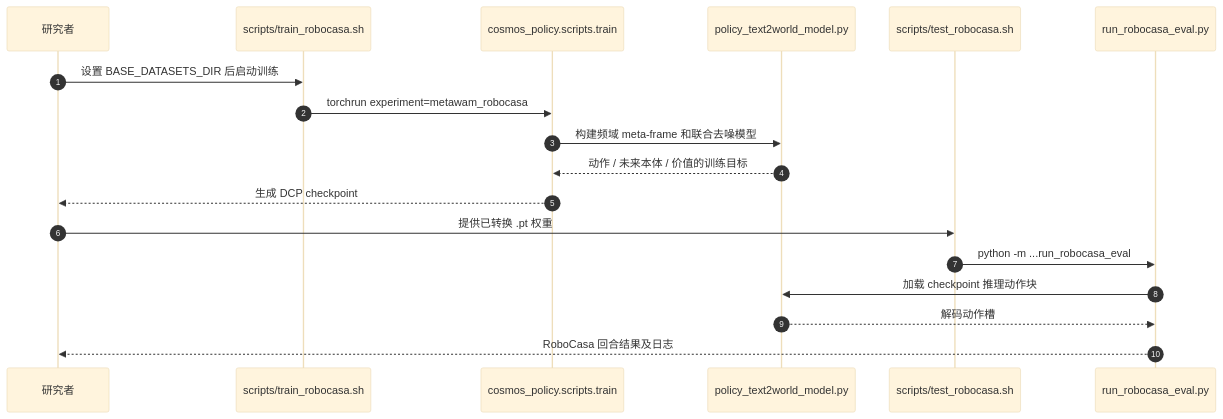
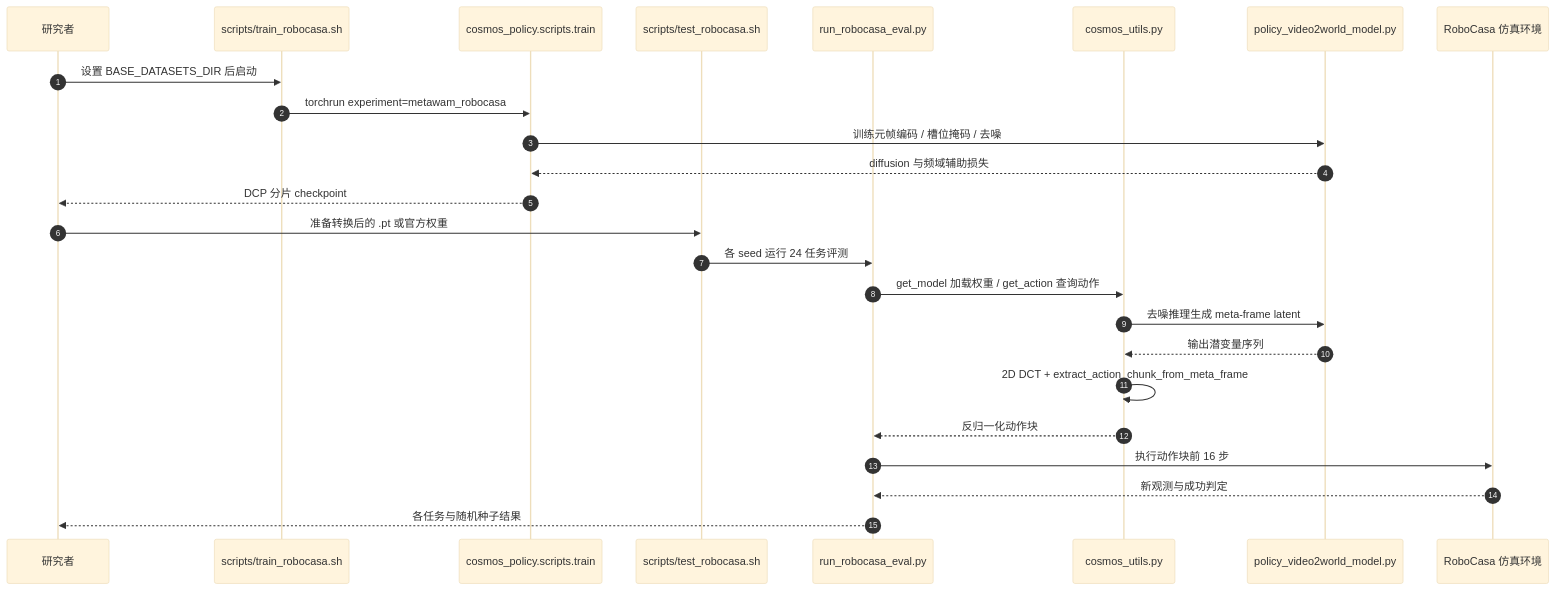
The second of 2 diagrams in wiki/entities/paper-metawam.md (ImChong/Robotics_Notebooks), drawn with Mermaid (base theme) before and after one commit. The commit also changed other lines of this file, not shown here.

Commit message:
[2026-11-12] ingest | wiki/entities/paper-metawam.md — 核验频域元帧与源码运行路径

````diff
--- a/wiki/entities/paper-metawam.md
+++ b/wiki/entities/paper-metawam.md
@@ -81,20 +107,27 @@
 ```mermaid
 sequenceDiagram
   autonumber
-  participant User as 研究者
-  participant Train as scripts/train_robocasa.sh
-  participant Core as cosmos_policy.scripts.train
-  participant Model as policy_text2world_model.py
-  participant Eval as scripts/test_robocasa.sh
-  participant Bench as run_robocasa_eval.py
-  User->>Train: 设置 BASE_DATASETS_DIR 后启动训练
-  Train->>Core: torchrun experiment=metawam_robocasa
-  Core->>Model: 构建频域 meta-frame 和联合去噪模型
-  Model-->>Core: 动作 / 未来本体 / 价值的训练目标
-  Core-->>User: 生成 DCP checkpoint
-  User->>Eval: 提供已转换 .pt 权重
-  Eval->>Bench: python -m ...run_robocasa_eval
-  Bench->>Model: 加载 checkpoint 推理动作块
-  Model-->>Bench: 解码动作槽
-  Bench-->>User: RoboCasa 回合结果及日志
+  participant U as 研究者
+  participant T as scripts/train_robocasa.sh
+  participant Train as cosmos_policy.scripts.train
+  participant E as scripts/test_robocasa.sh
+  participant Eval as run_robocasa_eval.py
+  participant Utils as cosmos_utils.py
+  participant Model as policy_video2world_model.py
+  participant Robot as RoboCasa 仿真环境
+  U->>T: 设置 BASE_DATASETS_DIR 后启动
+  T->>Train: torchrun experiment=metawam_robocasa
+  Train->>Model: 训练元帧编码 / 槽位掩码 / 去噪
+  Model-->>Train: diffusion 与频域辅助损失
+  Train-->>U: DCP 分片 checkpoint
+  U->>E: 准备转换后的 .pt 或官方权重
+  E->>Eval: 各 seed 运行 24 任务评测
+  Eval->>Utils: get_model 加载权重 / get_action 查询动作
+  Utils->>Model: 去噪推理生成 meta-frame latent
+  Model-->>Utils: 输出潜变量序列
+  Utils->>Utils: 2D DCT + extract_action_chunk_from_meta_frame
+  Utils-->>Eval: 反归一化动作块
+  Eval->>Robot: 执行动作块前 16 步
+  Robot-->>Eval: 新观测与成功判定
+  Eval-->>U: 各任务与随机种子结果
 ```
````
